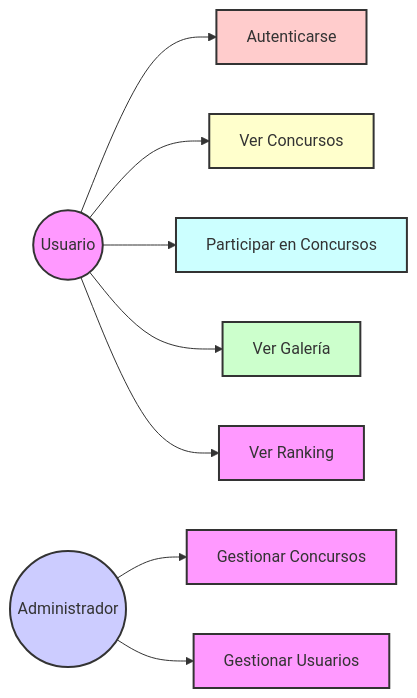
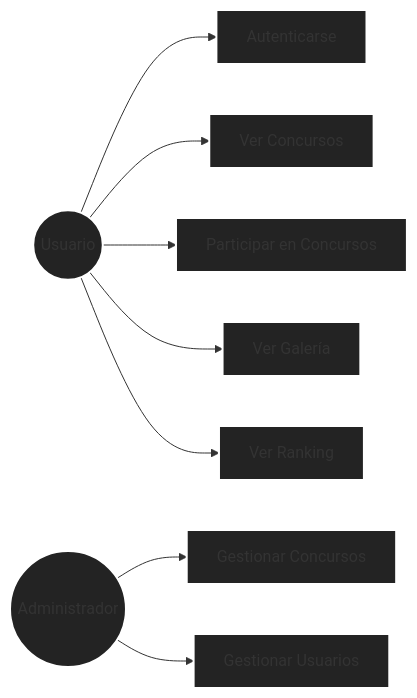
Before and after one commit to whejhe/Proyecto-Final-DAM: the third of 3 diagrams in README.md, drawn with Mermaid. The commit also changed other lines of this file and 2 other files, not shown here.

````diff
--- a/README.md
+++ b/README.md
@@ -193,19 +193,19 @@
 ```mermaid
 graph LR
     A((Usuario)) --> B[Autenticarse];
     A --> C[Ver Concursos];
     A --> D[Participar en Concursos];
     A --> E[Ver Galería];
     A --> F[Ver Ranking];
     G((Administrador)) --> H[Gestionar Concursos];
     G --> I[Gestionar Usuarios];
-    style A fill:#f9f,stroke:#333,stroke-width:2px
-    style G fill:#ccf,stroke:#333,stroke-width:2px
-    style B fill:#fcc,stroke:#333,stroke-width:2px
-    style C fill:#ffc,stroke:#333,stroke-width:2px
-    style D fill:#cff,stroke:#333,stroke-width:2px
-    style E fill:#cfc,stroke:#333,stroke-width:2px
-    style F fill:#f9f,stroke:#333,stroke-width:2px
-    style H fill:#f9f,stroke:#333,stroke-width:2px
-    style I fill:#f9f,stroke:#333,stroke-width:2px
+    style A fill:#232323,stroke:#fff,stroke-width:2px
+    style G fill:#232323,stroke:#fff,stroke-width:2px
+    style B fill:#232323,stroke:#fff,stroke-width:2px
+    style C fill:#232323,stroke:#fff,stroke-width:2px
+    style D fill:#232323,stroke:#fff,stroke-width:2px
+    style E fill:#232323,stroke:#fff,stroke-width:2px
+    style F fill:#232323,stroke:#fff,stroke-width:2px
+    style H fill:#232323,stroke:#fff,stroke-width:2px
+    style I fill:#232323,stroke:#fff,stroke-width:2px
 ```
````
